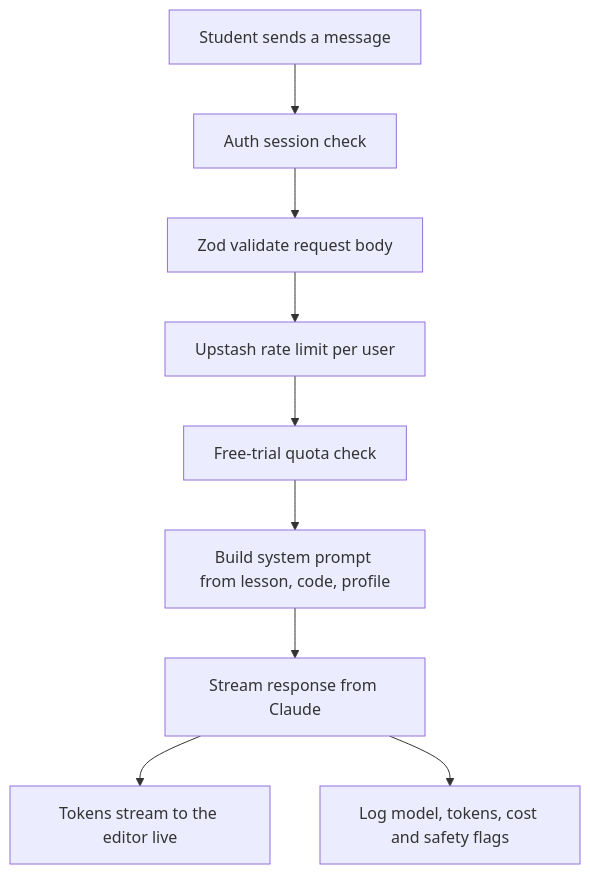
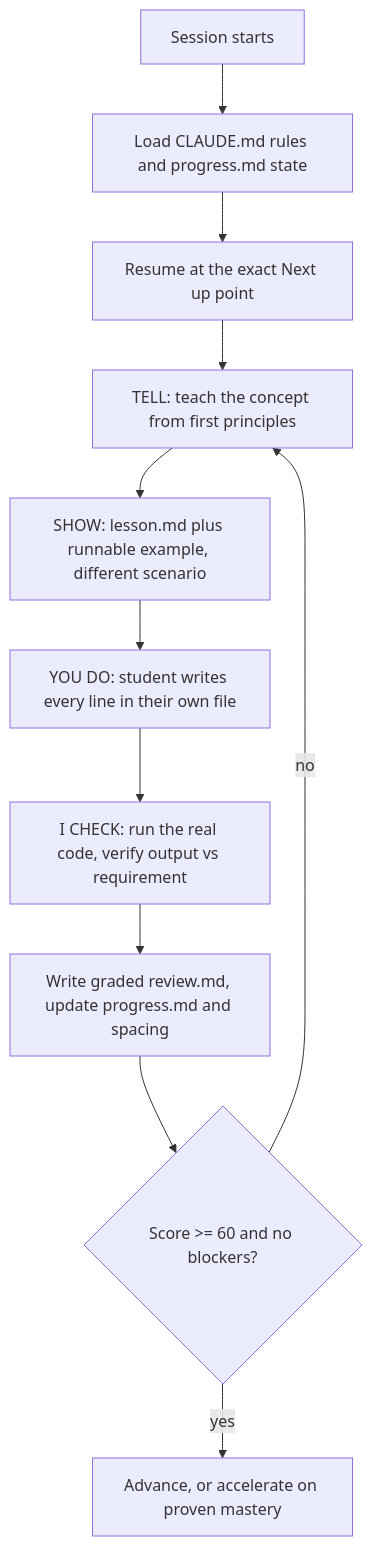
One commit to jrletner/ai-code-coach-case-study changed the second of 2 diagrams in README.md. Above: the diagram before and after it, drawn with Mermaid. The commit also changed other lines of this file, not shown here.

Commit message:
Rewrite case study for the AI Code Coach Agent (Claude Code-based tutor) + new diagrams

````diff
--- a/README.md
+++ b/README.md
@@ -94,11 +84,13 @@
 ```mermaid
 flowchart TD
-  A[Student sends a message] --> B[Auth session check]
-  B --> C[Zod validate request body]
-  C --> D[Upstash rate limit per user]
-  D --> E[Free-trial quota check]
-  E --> F[Build system prompt from lesson, code, profile]
-  F --> G[Stream response from Claude]
-  G --> H[Tokens stream to the editor live]
-  G --> I[Log model, tokens, cost and safety flags]
+  A[Session starts] --> B[Load CLAUDE.md rules and progress.md state]
+  B --> C[Resume at the exact Next up point]
+  C --> D[TELL: teach the concept from first principles]
+  D --> E[SHOW: lesson.md plus runnable example, different scenario]
+  E --> F[YOU DO: student writes every line in their own file]
+  F --> G[I CHECK: run the real code, verify output vs requirement]
+  G --> H[Write graded review.md, update progress.md and spacing]
+  H --> I{Score >= 60 and no blockers?}
+  I -- yes --> J[Advance, or accelerate on proven mastery]
+  I -- no --> D
 ```
````
